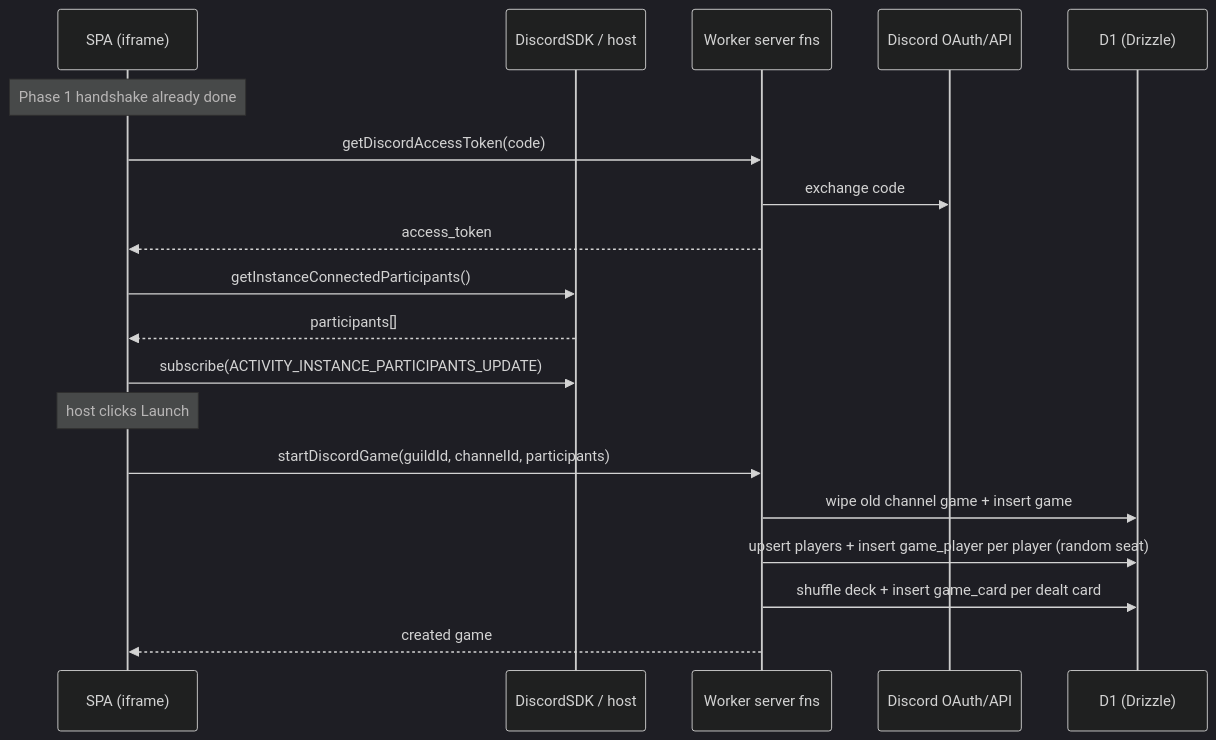
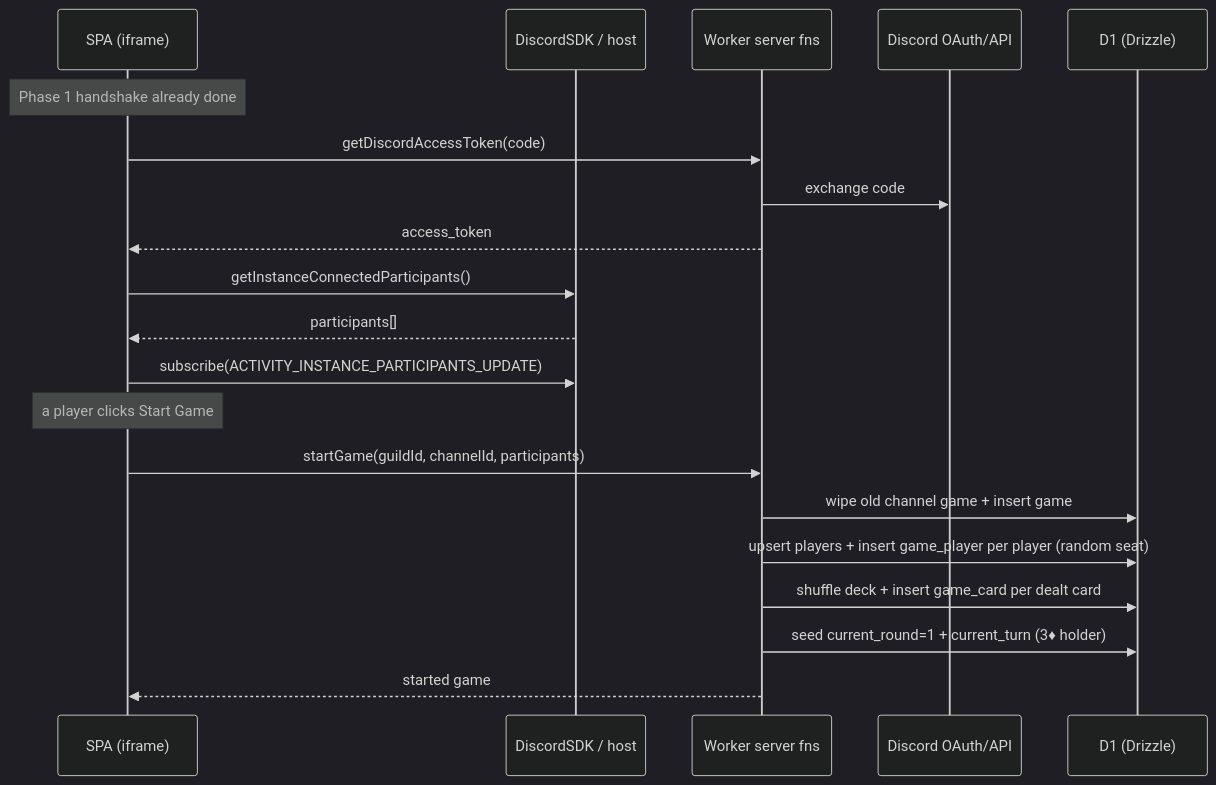
One commit to penrodlol/poker changed the diagram in docs/phase-2-lobby-launch-plan.md. Above: the diagram before and after it, drawn with Mermaid (dark theme). The commit also changed other lines of this file and 6 other files, not shown here.

````diff
--- a/docs/phase-2-lobby-launch-plan.md
+++ b/docs/phase-2-lobby-launch-plan.md
@@ -61,22 +62,23 @@
 ```mermaid
 sequenceDiagram
     participant IF as SPA (iframe)
     participant SDK as DiscordSDK / host
     participant API as Worker server fns
     participant OA as Discord OAuth/API
     participant DB as D1 (Drizzle)
 
     Note over IF: Phase 1 handshake already done
     IF->>API: getDiscordAccessToken(code)
     API->>OA: exchange code
     API-->>IF: access_token
     IF->>SDK: getInstanceConnectedParticipants()
     SDK-->>IF: participants[]
     IF->>SDK: subscribe(ACTIVITY_INSTANCE_PARTICIPANTS_UPDATE)
-    Note over IF: host clicks Launch
-    IF->>API: startDiscordGame(guildId, channelId, participants)
+    Note over IF: a player clicks Start Game
+    IF->>API: startGame(guildId, channelId, participants)
     API->>DB: wipe old channel game + insert game
     API->>DB: upsert players + insert game_player per player (random seat)
     API->>DB: shuffle deck + insert game_card per dealt card
-    API-->>IF: created game
+    API->>DB: seed current_round=1 + current_turn (3♦ holder)
+    API-->>IF: started game
 ```
````
